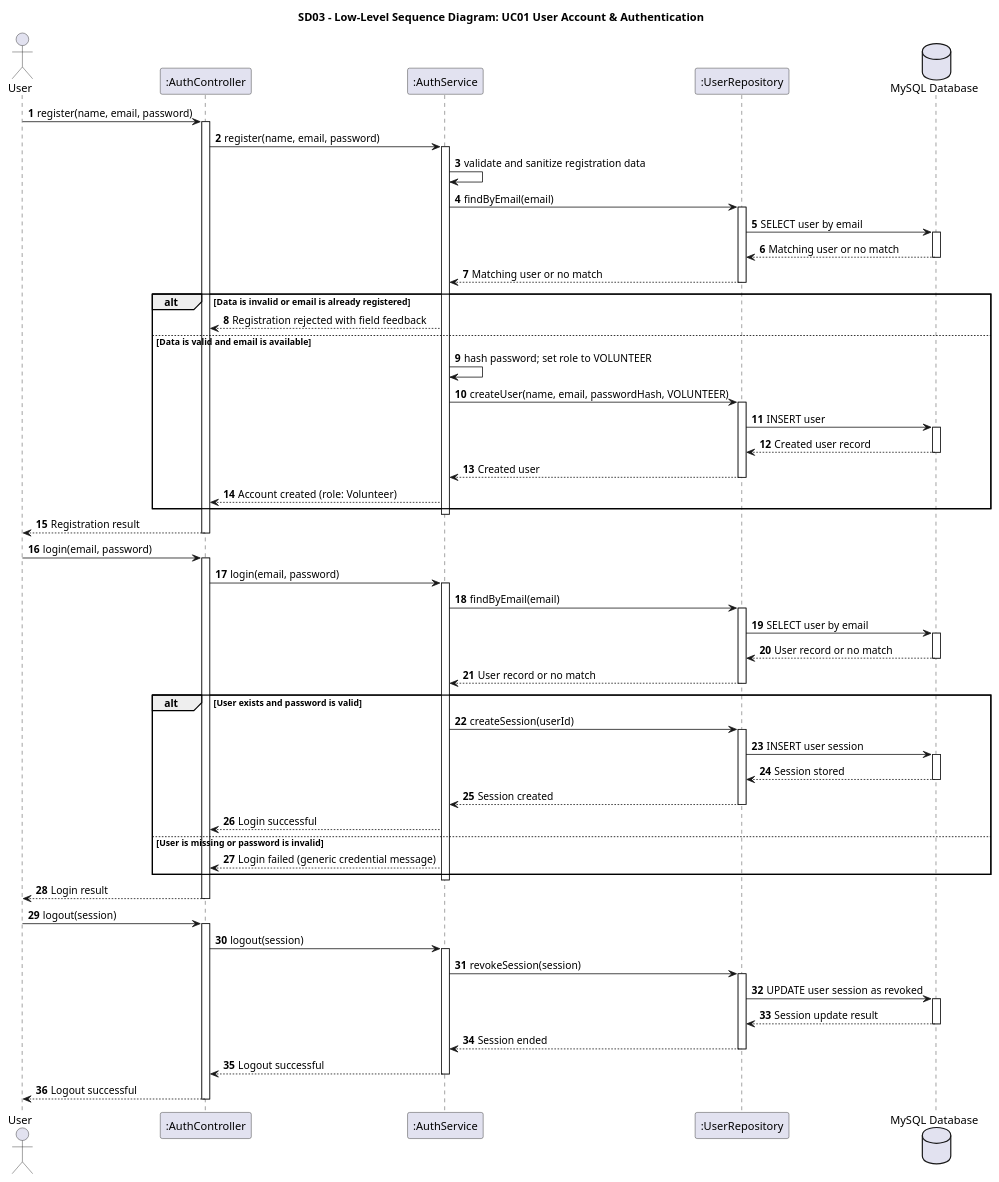
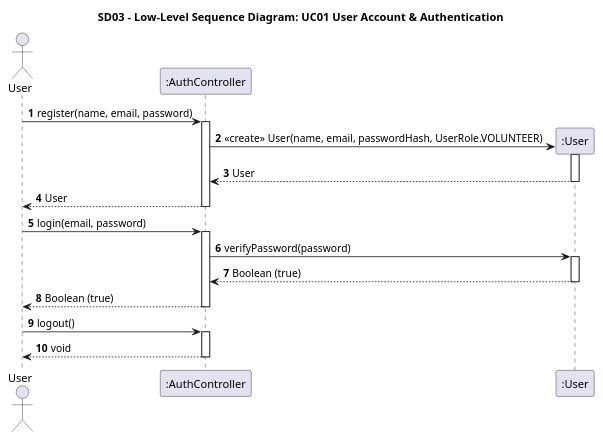
Before and after one commit to LeenQasem/SE-project-group8: the diagram in uml/sequence-diagrams/SD03_Low_Level_UC01_Auth.puml, drawn with PlantUML. The commit also changed 7 other files, not shown here.

```diff
--- a/uml/sequence-diagrams/SD03_Low_Level_UC01_Auth.puml
+++ b/uml/sequence-diagrams/SD03_Low_Level_UC01_Auth.puml
@@ -1,86 +1,30 @@
 @startuml SD03_Low_Level_UC01_Auth
 title SD03 - Low-Level Sequence Diagram: UC01 User Account & Authentication
 autonumber
 actor User
-participant ":AuthController" as AuthController
-participant ":AuthService" as AuthService
-participant ":UserRepository" as UserRepository
-database "MySQL Database" as DB
+participant ":AuthController" as Auth
+participant ":User" as U
 
-User -> AuthController : register(name, email, password)
-activate AuthController
-AuthController -> AuthService : register(name, email, password)
-activate AuthService
-AuthService -> AuthService : validate and sanitize registration data
-AuthService -> UserRepository : findByEmail(email)
-activate UserRepository
-UserRepository -> DB : SELECT user by email
-activate DB
-DB --> UserRepository : Matching user or no match
-deactivate DB
-UserRepository --> AuthService : Matching user or no match
-deactivate UserRepository
-alt Data is invalid or email is already registered
-    AuthService --> AuthController : Registration rejected with field feedback
-else Data is valid and email is available
-    AuthService -> AuthService : hash password; set role to VOLUNTEER
-    AuthService -> UserRepository : createUser(name, email, passwordHash, VOLUNTEER)
-    activate UserRepository
-    UserRepository -> DB : INSERT user
-    activate DB
-    DB --> UserRepository : Created user record
-    deactivate DB
-    UserRepository --> AuthService : Created user
-    deactivate UserRepository
-    AuthService --> AuthController : Account created (role: Volunteer)
-end
-deactivate AuthService
-AuthController --> User : Registration result
-deactivate AuthController
+User -> Auth : register(name, email, password)
+activate Auth
+Auth -> U ** : <<create>> User(name, email, passwordHash, UserRole.VOLUNTEER)
+activate U
+U --> Auth : User
+deactivate U
+Auth --> User : User
+deactivate Auth
 
-User -> AuthController : login(email, password)
-activate AuthController
-AuthController -> AuthService : login(email, password)
-activate AuthService
-AuthService -> UserRepository : findByEmail(email)
-activate UserRepository
-UserRepository -> DB : SELECT user by email
-activate DB
-DB --> UserRepository : User record or no match
-deactivate DB
-UserRepository --> AuthService : User record or no match
-deactivate UserRepository
-alt User exists and password is valid
-    AuthService -> UserRepository : createSession(userId)
-    activate UserRepository
-    UserRepository -> DB : INSERT user session
-    activate DB
-    DB --> UserRepository : Session stored
-    deactivate DB
-    UserRepository --> AuthService : Session created
-    deactivate UserRepository
-    AuthService --> AuthController : Login successful
-else User is missing or password is invalid
-    AuthService --> AuthController : Login failed (generic credential message)
-end
-deactivate AuthService
-AuthController --> User : Login result
-deactivate AuthController
+User -> Auth : login(email, password)
+activate Auth
+Auth -> U : verifyPassword(password)
+activate U
+U --> Auth : Boolean (true)
+deactivate U
+Auth --> User : Boolean (true)
+deactivate Auth
 
-User -> AuthController : logout(session)
-activate AuthController
-AuthController -> AuthService : logout(session)
-activate AuthService
-AuthService -> UserRepository : revokeSession(session)
-activate UserRepository
-UserRepository -> DB : UPDATE user session as revoked
-activate DB
-DB --> UserRepository : Session update result
-deactivate DB
-UserRepository --> AuthService : Session ended
-deactivate UserRepository
-AuthService --> AuthController : Logout successful
-deactivate AuthService
-AuthController --> User : Logout successful
-deactivate AuthController
+User -> Auth : logout()
+activate Auth
+Auth --> User : void
+deactivate Auth
 @enduml
```
